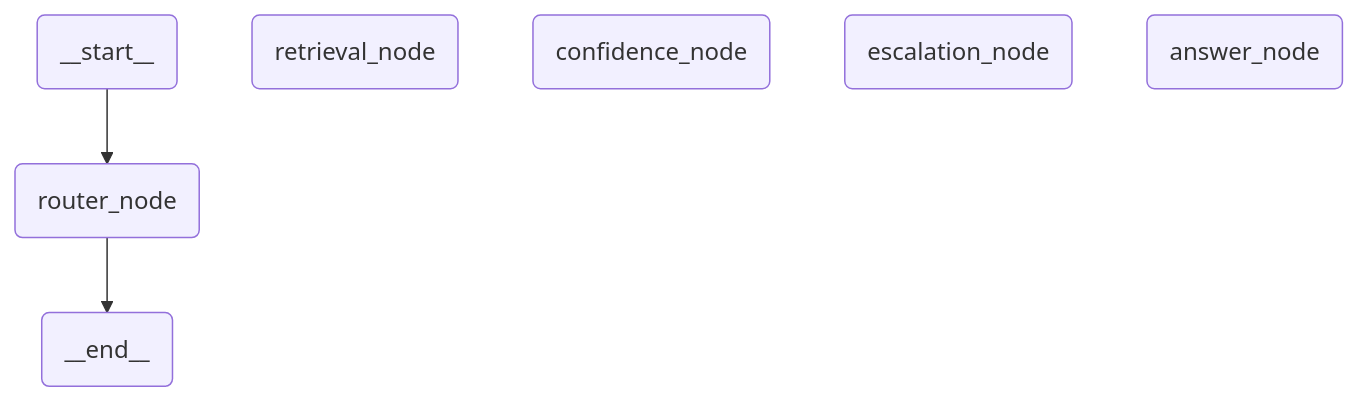
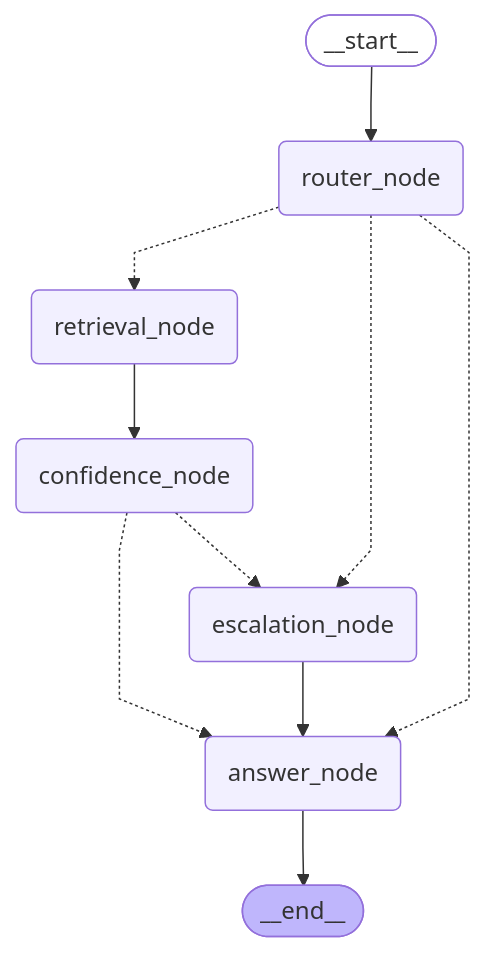
The diagram in docs/week3/agent-graph.mmd (ThaiG2Pro/ai-agent-sale-v2), drawn with Mermaid before and after one commit. The commit also changed 20 other files, not shown here.

```diff
--- a/docs/week3/agent-graph.mmd
+++ b/docs/week3/agent-graph.mmd
@@ -1,18 +1,25 @@
 ---
 config:
   flowchart:
     curve: linear
 ---
 graph TD;
-	__start__(<p>__start__</p>)
+	__start__([<p>__start__</p>]):::first
 	router_node(router_node)
 	retrieval_node(retrieval_node)
 	confidence_node(confidence_node)
 	escalation_node(escalation_node)
 	answer_node(answer_node)
-	__end__(<p>__end__</p>)
+	__end__([<p>__end__</p>]):::last
 	__start__ --> router_node;
-	router_node --> __end__;
+	confidence_node -.-> answer_node;
+	confidence_node -.-> escalation_node;
+	escalation_node --> answer_node;
+	retrieval_node --> confidence_node;
+	router_node -.-> answer_node;
+	router_node -.-> escalation_node;
+	router_node -.-> retrieval_node;
+	answer_node --> __end__;
 	classDef default fill:#f2f0ff,line-height:1.2
 	classDef first fill-opacity:0
 	classDef last fill:#bfb6fc
```
